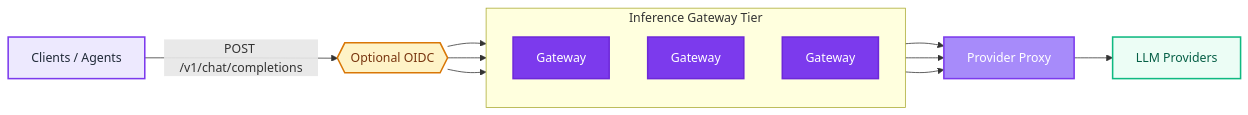
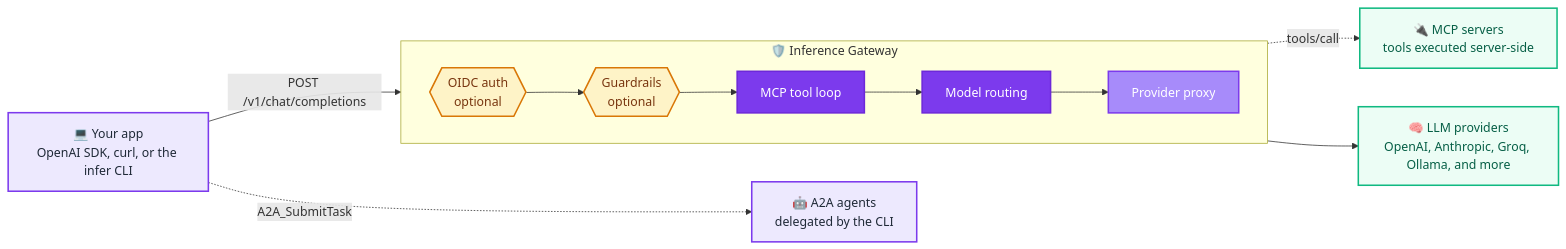
The first of 2 diagrams in architecture-overview.md (inference-gateway/docs), drawn with Mermaid before and after one commit. The commit also changed other lines of this file, not shown here.

Commit message:
docs: align architecture diagrams with homepage and codebase

````diff
--- a/architecture-overview.md
+++ b/architecture-overview.md
@@ -14,36 +14,35 @@
 ```mermaid
 flowchart LR
-    Client["Clients / Agents"]
-    Auth{{"Optional OIDC"}}
-    Proxy["Provider Proxy"]
-    Providers["LLM Providers"]
+    Client["💻 Your app<br/>OpenAI SDK, curl, or the infer CLI"]
+    Agents["🤖 A2A agents<br/>delegated by the CLI"]
+
+    subgraph Gateway["🛡️ Inference Gateway"]
+        direction LR
+        Auth{{"OIDC auth<br/>optional"}}
+        Guard{{"Guardrails<br/>optional"}}
+        MCPLoop["MCP tool loop"]
+        Routing["Model routing"]
+        Proxy["Provider proxy"]
+        Auth --> Guard --> MCPLoop --> Routing --> Proxy
+    end
+
+    MCP["🔌 MCP servers<br/>tools executed server-side"]
+    Providers["🧠 LLM providers<br/>OpenAI, Anthropic, Groq, Ollama, and more"]
 
     Client -- "POST /v1/chat/completions" --> Auth
-
-    subgraph GatewayTier["Inference Gateway Tier"]
-        direction TB
-        GW1["Gateway"]
-        GW2["Gateway"]
-        GW3["Gateway"]
-    end
-
-    Auth --> GW1
-    Auth --> GW2
-    Auth --> GW3
-    GW1 --> Proxy
-    GW2 --> Proxy
-    GW3 --> Proxy
+    Client -. "A2A_SubmitTask" .-> Agents
+    MCPLoop -. "tools/call" .-> MCP
     Proxy --> Providers
 
     classDef client fill:#ede9fe,stroke:#7c3aed,stroke-width:2px,color:#1f2937
-    classDef auth fill:#fef3c7,stroke:#d97706,stroke-width:2px,color:#78350f
-    classDef gateway fill:#7c3aed,stroke:#6d28d9,stroke-width:2px,color:#ffffff
+    classDef optional fill:#fef3c7,stroke:#d97706,stroke-width:2px,color:#78350f
+    classDef stage fill:#7c3aed,stroke:#6d28d9,stroke-width:2px,color:#ffffff
     classDef proxy fill:#a78bfa,stroke:#7c3aed,stroke-width:2px,color:#ffffff
     classDef provider fill:#ecfdf5,stroke:#10b981,stroke-width:2px,color:#065f46
 
-    class Client client
-    class Auth auth
-    class GW1,GW2,GW3 gateway
+    class Client,Agents client
+    class Auth,Guard optional
+    class MCPLoop,Routing stage
     class Proxy proxy
-    class Providers provider
+    class MCP,Providers provider
 ```
````
